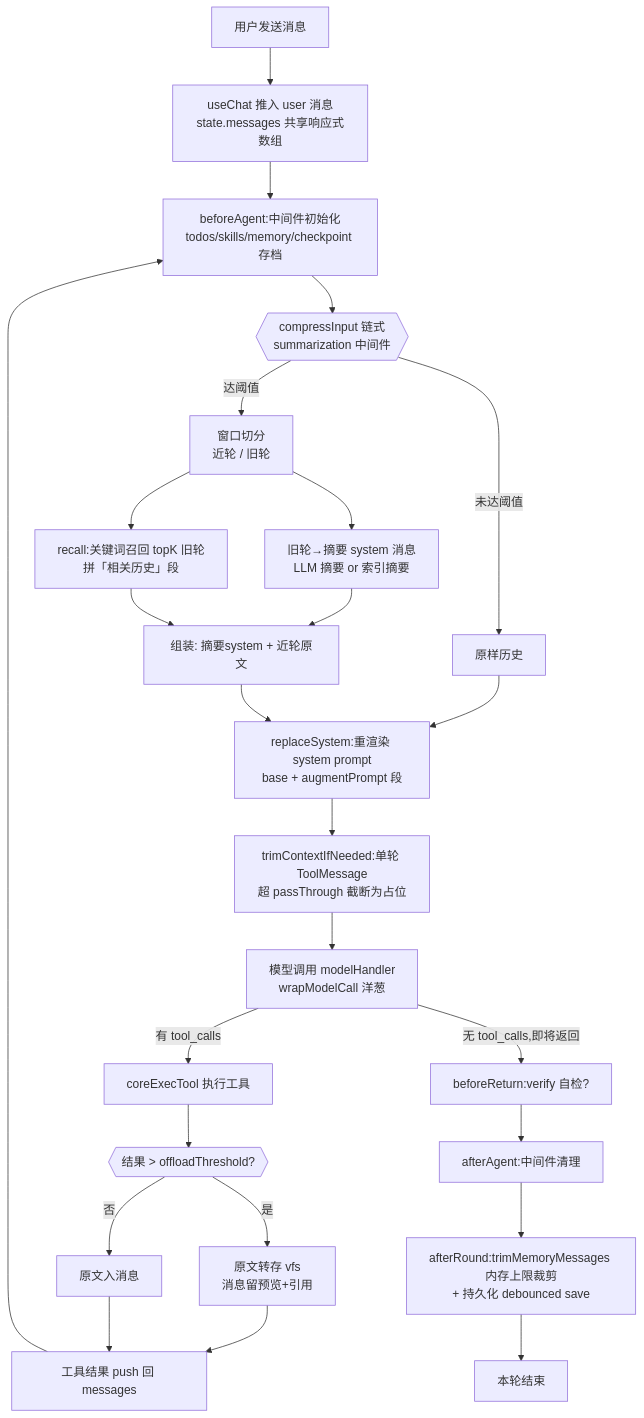
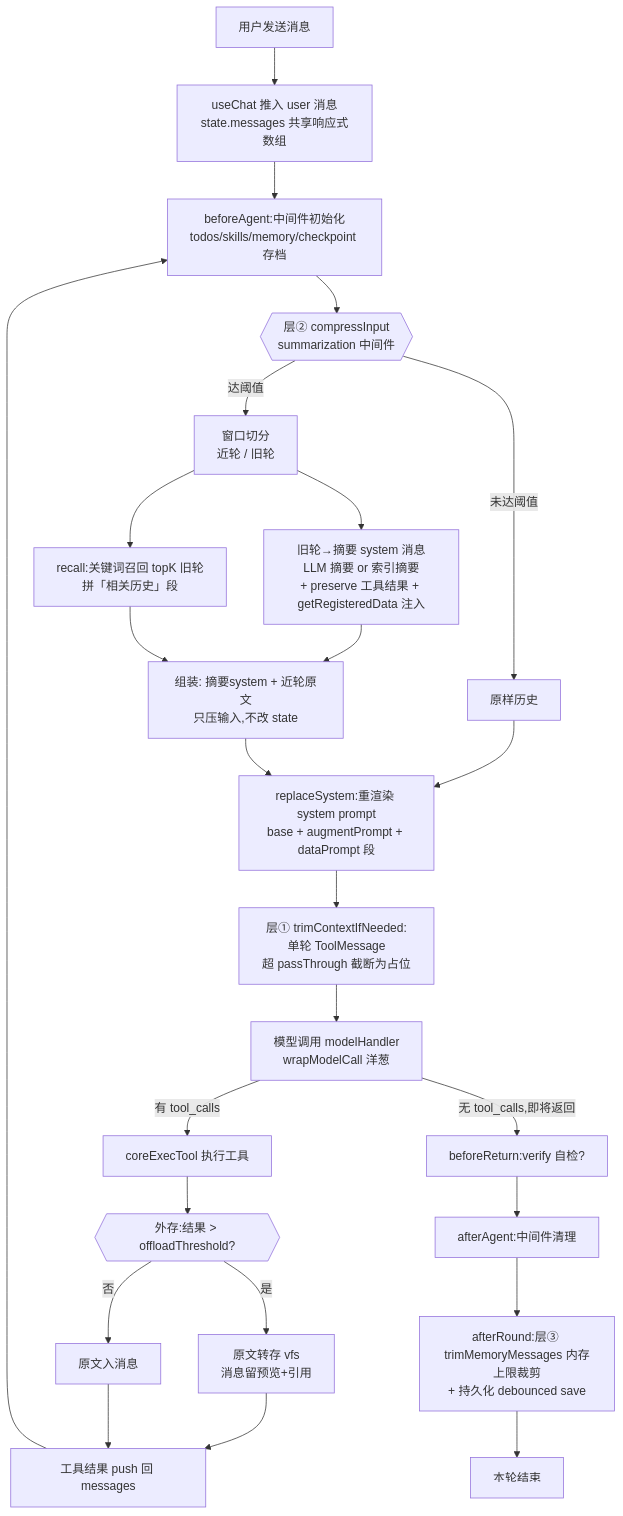
Before and after one commit to whyymj/chat-sdk: the first of 3 diagrams in doc/context-management.md, drawn with Mermaid. The commit also changed other lines of this file and 25 other files, not shown here.

First line of the commit message:
feat(2.8.0): setSkills/invalidateSkillCache 动态 skill + exportData/importData/usage/onAudit 便捷 API + skill 全文缓存与 offload 内容寻址去重

````diff
--- a/doc/context-management.md
+++ b/doc/context-management.md
@@ -120,29 +271,29 @@
 ```mermaid
 flowchart TD
     U[用户发送消息] --> PUSH[useChat 推入 user 消息<br/>state.messages 共享响应式数组]
     PUSH --> BA[beforeAgent:中间件初始化<br/>todos/skills/memory/checkpoint 存档]
-    BA --> CI{{compressInput 链式<br/>summarization 中间件}}
+    BA --> CI{{层② compressInput<br/>summarization 中间件}}
 
     CI -->|未达阈值| KEEP[原样历史]
     CI -->|达阈值| SPLIT[窗口切分<br/>近轮 / 旧轮]
-    SPLIT --> SUM[旧轮→摘要 system 消息<br/>LLM 摘要 or 索引摘要]
+    SPLIT --> SUM[旧轮→摘要 system 消息<br/>LLM 摘要 or 索引摘要<br/>+ preserve 工具结果 + getRegisteredData 注入]
     SPLIT --> REC[recall:关键词召回 topK 旧轮<br/>拼「相关历史」段]
-    SUM --> COMB[组装: 摘要system + 近轮原文]
+    SUM --> COMB[组装: 摘要system + 近轮原文<br/>只压输入,不改 state]
     REC --> COMB
 
-    KEEP --> RS[replaceSystem:重渲染 system prompt<br/>base + augmentPrompt 段]
+    KEEP --> RS[replaceSystem:重渲染 system prompt<br/>base + augmentPrompt + dataPrompt 段]
     COMB --> RS
-    RS --> TRIM[trimContextIfNeeded:单轮 ToolMessage<br/>超 passThrough 截断为占位]
+    RS --> TRIM[层① trimContextIfNeeded:单轮 ToolMessage<br/>超 passThrough 截断为占位]
     TRIM --> MC[模型调用 modelHandler<br/>wrapModelCall 洋葱]
     MC -->|有 tool_calls| EXEC[coreExecTool 执行工具]
-    EXEC --> OF{{结果 > offloadThreshold?}}
+    EXEC --> OF{{外存:结果 > offloadThreshold?}}
     OF -->|是| VFS[原文转存 vfs<br/>消息留预览+引用]
     OF -->|否| RAW[原文入消息]
     VFS --> PUSH2[工具结果 push 回 messages]
     RAW --> PUSH2
     PUSH2 --> BA
     MC -->|无 tool_calls,即将返回| BR[beforeReturn:verify 自检?]
     BR --> AA[afterAgent:中间件清理]
-    AA --> AR[afterRound:trimMemoryMessages 内存上限裁剪<br/>+ 持久化 debounced save]
+    AA --> AR[afterRound:层③ trimMemoryMessages 内存上限裁剪<br/>+ 持久化 debounced save]
     AR --> DONE[本轮结束]
 ```
````
